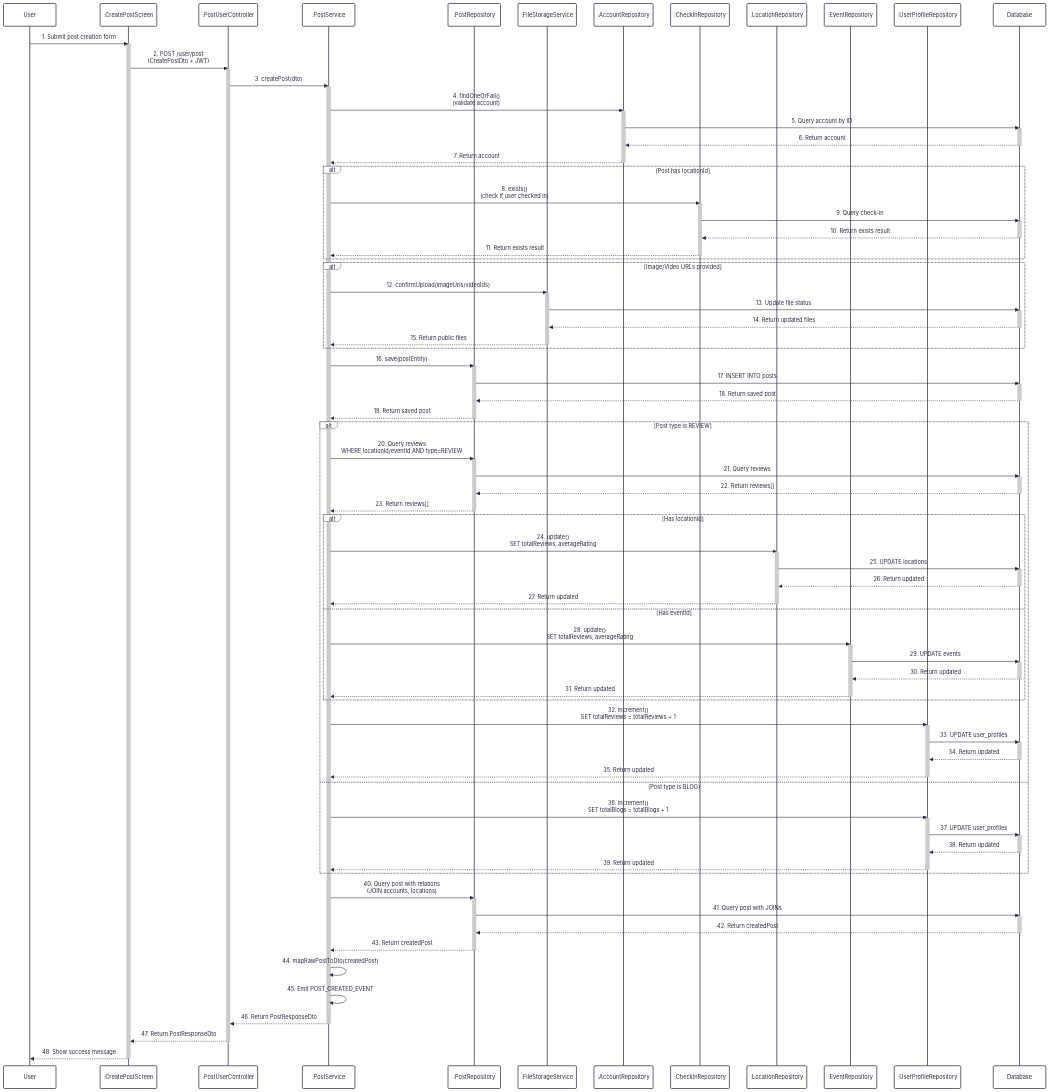
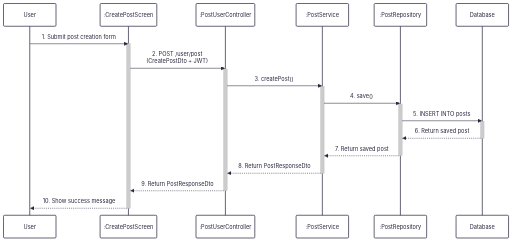
The diagram in docs/sequence/13-create-post.md (UrbanLens-2025/urban-lens_server), drawn with Mermaid before and after one commit. The commit also changed 8 other files, not shown here.

First line of the commit message:
Add database descriptions and update sequence diagrams for user interactions

````diff
--- a/docs/sequence/13-create-post.md
+++ b/docs/sequence/13-create-post.md
@@ -10,125 +10,29 @@
     participant PostController as :PostUserController
     participant PostService as :PostService
     participant PostRepo as :PostRepository
-    participant FileService as :FileStorageService
-    participant AccountRepo as :AccountRepository
-    participant CheckInRepo as :CheckInRepository
-    participant LocationRepo as :LocationRepository
-    participant EventRepo as :EventRepository
-    participant UserProfileRepo as :UserProfileRepository
     participant Database
 
     User->>CreatePostScreen: 1. Submit post creation form
     activate CreatePostScreen
     CreatePostScreen->>PostController: 2. POST /user/post<br/>(CreatePostDto + JWT)
     activate PostController
-    PostController->>PostService: 3. createPost(dto)
+    PostController->>PostService: 3. createPost()
     activate PostService
 
-    PostService->>AccountRepo: 4. findOneOrFail()<br/>(validate account)
-    activate AccountRepo
-    AccountRepo->>Database: 5. Query account by ID
+
+    PostService->>PostRepo: 4. save()
+    activate PostRepo
+    PostRepo->>Database: 5. INSERT INTO posts
     activate Database
-    Database-->>AccountRepo: 6. Return account
+    Database-->>PostRepo: 6. Return saved post
     deactivate Database
-    AccountRepo-->>PostService: 7. Return account
-    deactivate AccountRepo
-
-    alt Post has locationId
-        PostService->>CheckInRepo: 8. exists()<br/>(check if user checked in)
-        activate CheckInRepo
-        CheckInRepo->>Database: 9. Query check-in
-        activate Database
-        Database-->>CheckInRepo: 10. Return exists result
-        deactivate Database
-        CheckInRepo-->>PostService: 11. Return exists result
-        deactivate CheckInRepo
-    end
-
-    alt Image/Video URLs provided
-        PostService->>FileService: 12. confirmUpload(imageUrls/videoIds)
-        activate FileService
-        FileService->>Database: 13. Update file status
-        activate Database
-        Database-->>FileService: 14. Return updated files
-        deactivate Database
-        FileService-->>PostService: 15. Return public files
-        deactivate FileService
-    end
-
-    PostService->>PostRepo: 16. save(postEntity)
-    activate PostRepo
-    PostRepo->>Database: 17. INSERT INTO posts
-    activate Database
-    Database-->>PostRepo: 18. Return saved post
-    deactivate Database
-    PostRepo-->>PostService: 19. Return saved post
+    PostRepo-->>PostService: 7. Return saved post
     deactivate PostRepo
 
-    alt Post type is REVIEW
-        PostService->>PostRepo: 20. Query reviews<br/>WHERE locationId/eventId AND type=REVIEW
-        activate PostRepo
-        PostRepo->>Database: 21. Query reviews
-        activate Database
-        Database-->>PostRepo: 22. Return reviews[]
-        deactivate Database
-        PostRepo-->>PostService: 23. Return reviews[]
-        deactivate PostRepo
-
-        alt Has locationId
-            PostService->>LocationRepo: 24. update()<br/>SET totalReviews, averageRating
-            activate LocationRepo
-            LocationRepo->>Database: 25. UPDATE locations
-            activate Database
-            Database-->>LocationRepo: 26. Return updated
-            deactivate Database
-            LocationRepo-->>PostService: 27. Return updated
-            deactivate LocationRepo
-        else Has eventId
-            PostService->>EventRepo: 28. update()<br/>SET totalReviews, averageRating
-            activate EventRepo
-            EventRepo->>Database: 29. UPDATE events
-            activate Database
-            Database-->>EventRepo: 30. Return updated
-            deactivate Database
-            EventRepo-->>PostService: 31. Return updated
-            deactivate EventRepo
-        end
-
-        PostService->>UserProfileRepo: 32. increment()<br/>SET totalReviews = totalReviews + 1
-        activate UserProfileRepo
-        UserProfileRepo->>Database: 33. UPDATE user_profiles
-        activate Database
-        Database-->>UserProfileRepo: 34. Return updated
-        deactivate Database
-        UserProfileRepo-->>PostService: 35. Return updated
-        deactivate UserProfileRepo
-    else Post type is BLOG
-        PostService->>UserProfileRepo: 36. increment()<br/>SET totalBlogs = totalBlogs + 1
-        activate UserProfileRepo
-        UserProfileRepo->>Database: 37. UPDATE user_profiles
-        activate Database
-        Database-->>UserProfileRepo: 38. Return updated
-        deactivate Database
-        UserProfileRepo-->>PostService: 39. Return updated
-        deactivate UserProfileRepo
-    end
-
-    PostService->>PostRepo: 40. Query post with relations<br/>(JOIN accounts, locations)
-    activate PostRepo
-    PostRepo->>Database: 41. Query post with JOINs
-    activate Database
-    Database-->>PostRepo: 42. Return createdPost
-    deactivate Database
-    PostRepo-->>PostService: 43. Return createdPost
-    deactivate PostRepo
-
-    PostService->>PostService: 44. mapRawPostToDto(createdPost)
-    PostService->>PostService: 45. Emit POST_CREATED_EVENT
-    PostService-->>PostController: 46. Return PostResponseDto
+    PostService-->>PostController: 8. Return PostResponseDto
     deactivate PostService
-    PostController-->>CreatePostScreen: 47. Return PostResponseDto
+    PostController-->>CreatePostScreen: 9. Return PostResponseDto
     deactivate PostController
-    CreatePostScreen-->>User: 48. Show success message
+    CreatePostScreen-->>User: 10. Show success message
     deactivate CreatePostScreen
 ```
````
